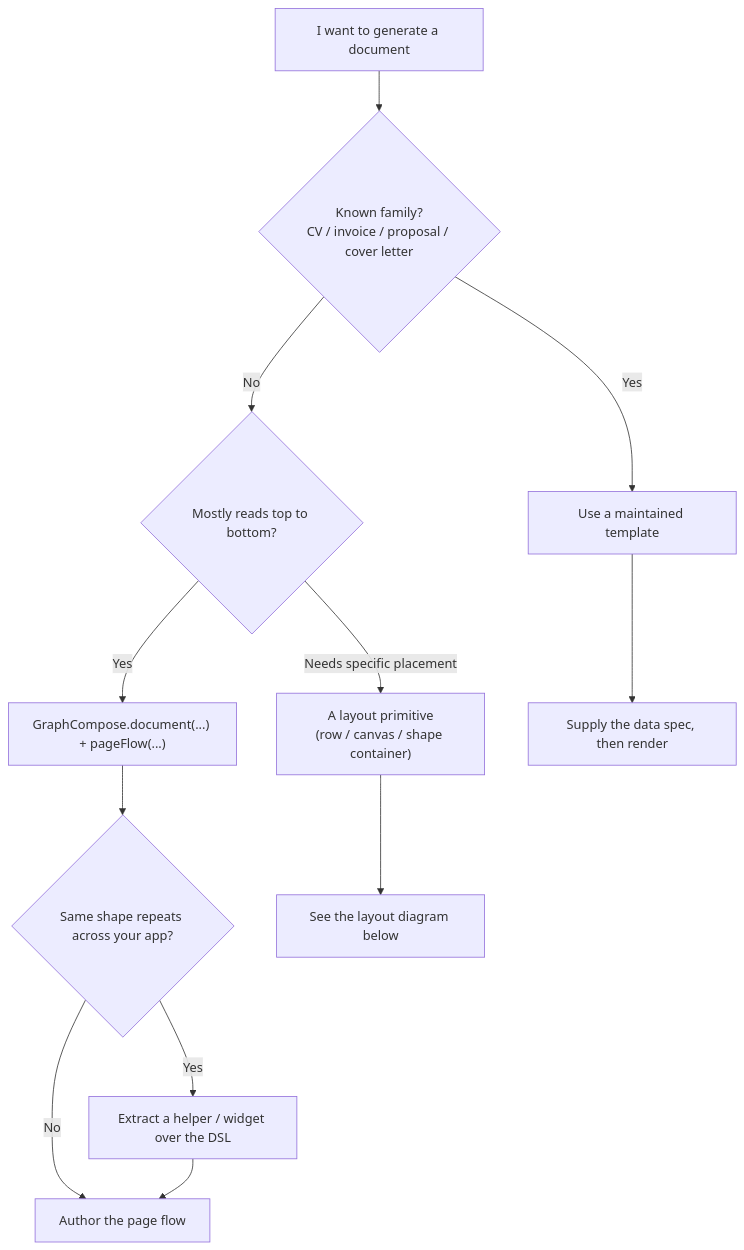
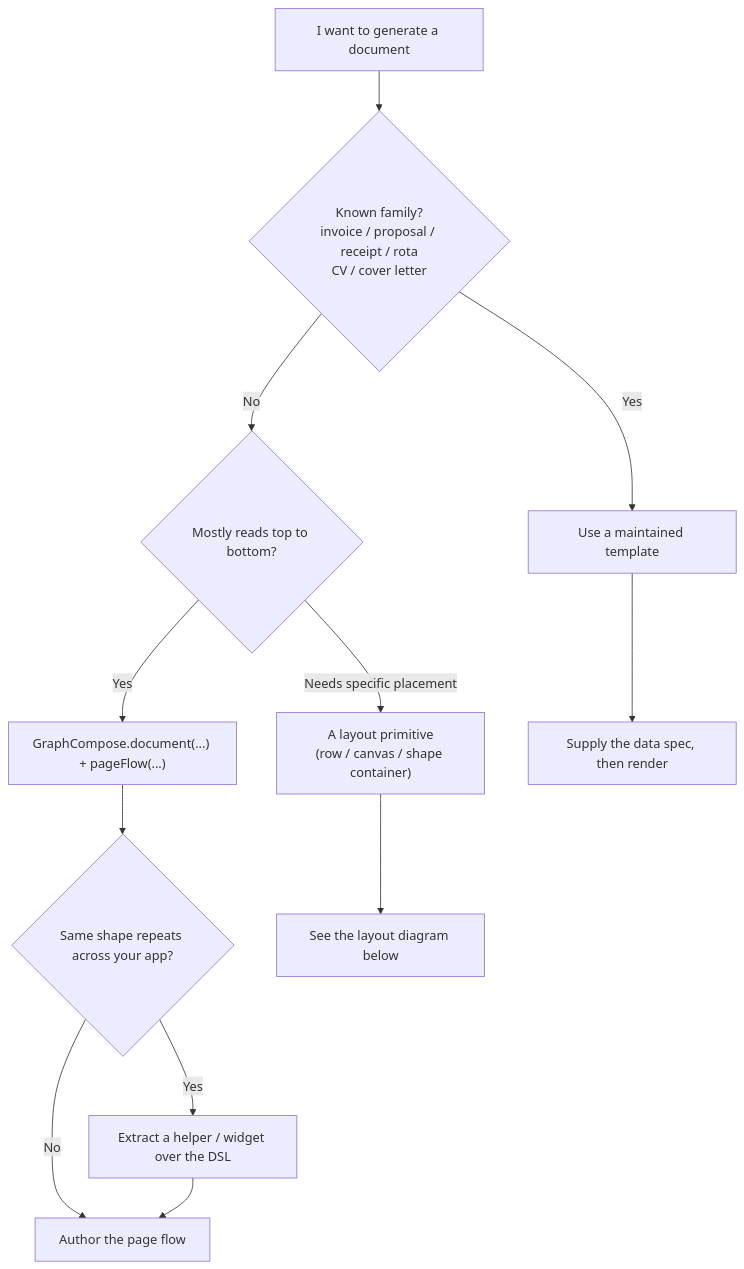
The first of 4 diagrams in docs/diagrams.md (DemchaAV/GraphCompose), drawn with Mermaid before and after one commit. The commit also changed 10 other files, not shown here.

````diff
--- a/docs/diagrams.md
+++ b/docs/diagrams.md
@@ -15,14 +15,14 @@
 ```mermaid
 flowchart TD
-    A[I want to generate a document] --> B{Known family?<br/>CV / invoice / proposal / cover letter}
+    A[I want to generate a document] --> B{Known family?<br/>invoice / proposal / receipt / rota<br/>CV / cover letter}
     B -- Yes --> T[Use a maintained template]
     B -- No --> C{Mostly reads top to bottom?}
     C -- Yes --> F["GraphCompose.document(...) + pageFlow(...)"]
     C -- Needs specific placement --> L["A layout primitive<br/>(row / canvas / shape container)"]
     F --> D{Same shape repeats across your app?}
     D -- Yes --> H[Extract a helper / widget over the DSL]
     D -- No --> Done1[Author the page flow]
     H --> Done1
     L --> Done2[See the layout diagram below]
     T --> Done3[Supply the data spec, then render]
 ```
````
